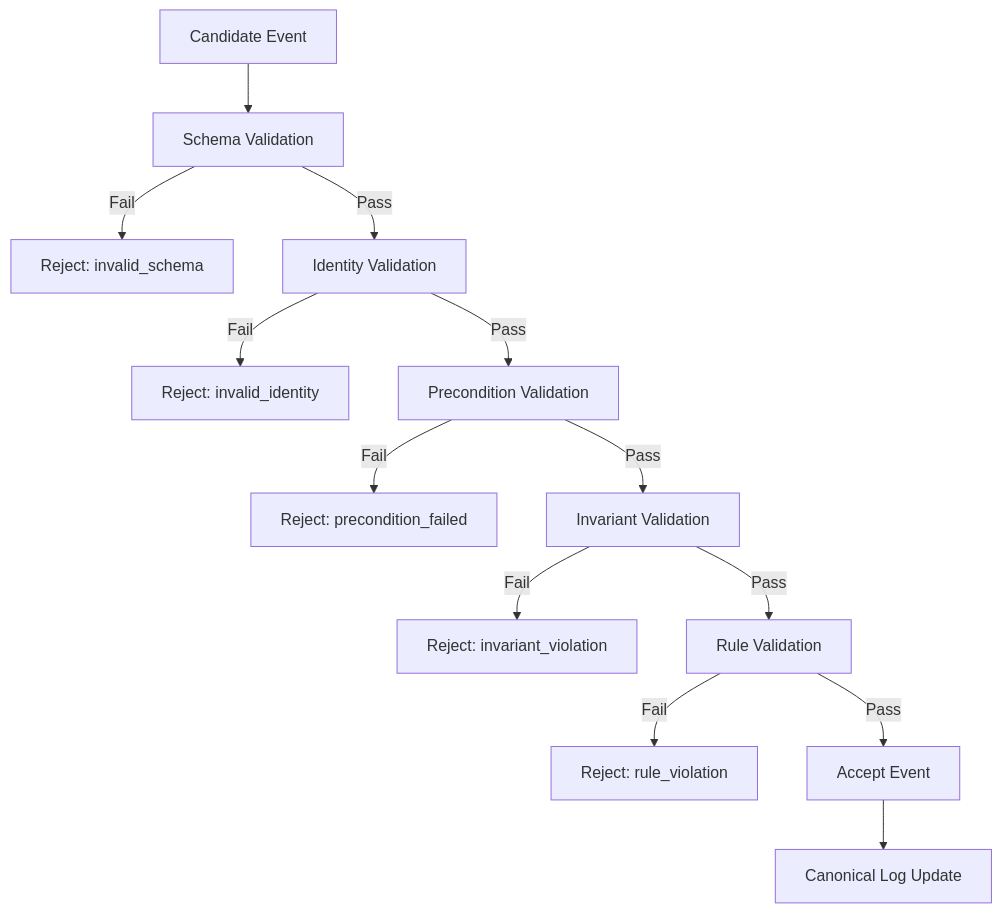
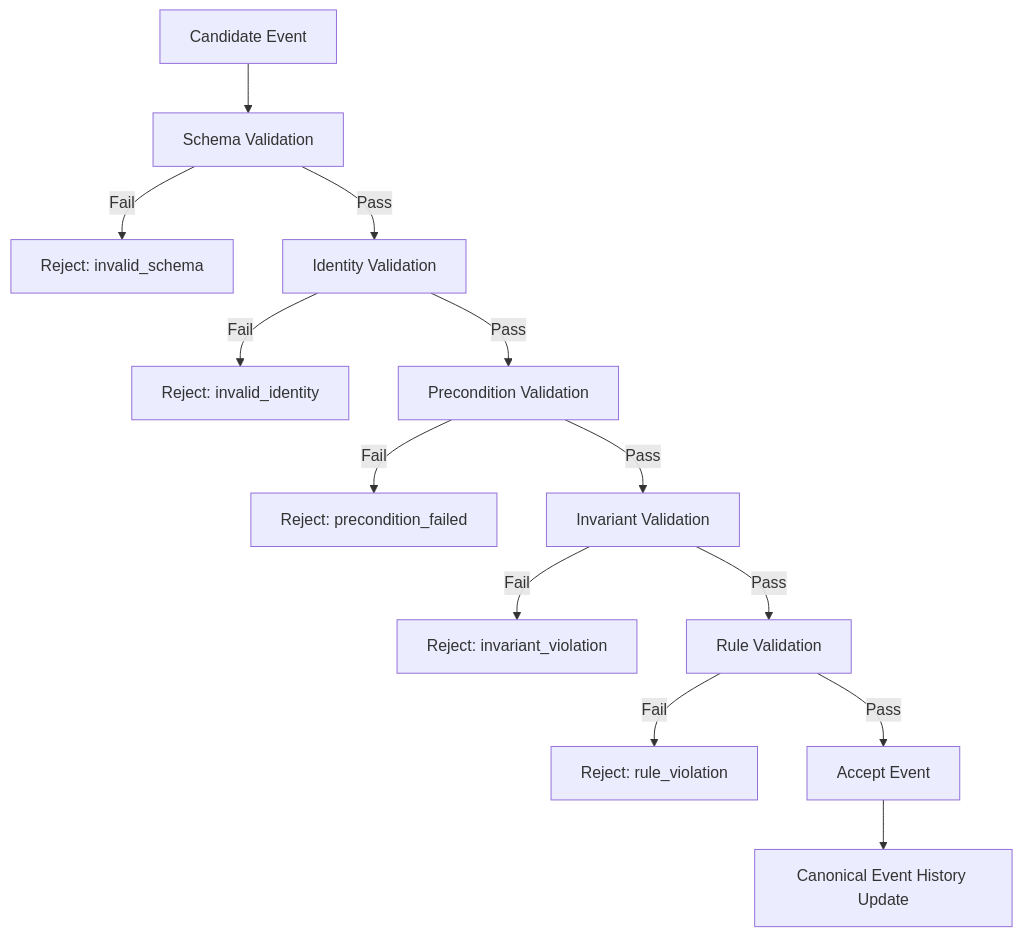
One commit to godofthunder101/crypsa-architecture changed the diagram in spec/CrypSA_Runtime_Spec_v0.1.md. Above: the diagram before and after it, drawn with Mermaid. The commit also changed other lines of this file, not shown here.

`````diff
--- a/spec/CrypSA_Runtime_Spec_v0.1.md
+++ b/spec/CrypSA_Runtime_Spec_v0.1.md
@@ -275,23 +272,22 @@
 ```mermaid
 flowchart TD
 
 A[Candidate Event] --> B[Schema Validation]
 
 B -->|Fail| R1[Reject: invalid_schema]
 B -->|Pass| C[Identity Validation]
 
 C -->|Fail| R2[Reject: invalid_identity]
 C -->|Pass| D[Precondition Validation]
 
 D -->|Fail| R3[Reject: precondition_failed]
 D -->|Pass| E[Invariant Validation]
 
 E -->|Fail| R4[Reject: invariant_violation]
 E -->|Pass| F[Rule Validation]
 
 F -->|Fail| R5[Reject: rule_violation]
 F -->|Pass| G[Accept Event]
 
-G --> H[Canonical Log Update]
-
-````
+G --> H[Canonical Event History Update]
+```
`````
